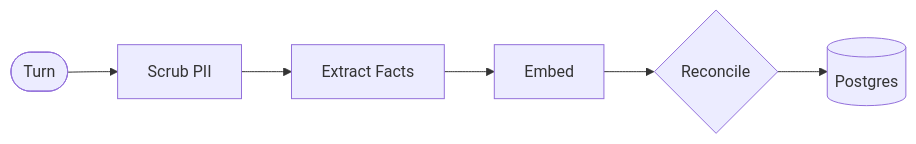
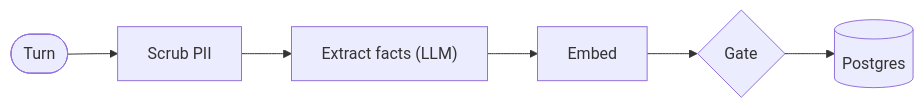
One commit to Arav-Arun/Ledger changed the first of 2 diagrams in README.md. Above: the diagram before and after it, drawn with Mermaid. The commit also changed other lines of this file and 1 other file, not shown here.

````diff
--- a/README.md
+++ b/README.md
@@ -24,4 +48,4 @@
 ```mermaid
 flowchart LR
-    T(["Turn"]) --> S["Scrub PII"] --> X["Extract Facts"] --> E["Embed"] --> R{"Reconcile"} --> DB[("Postgres")]
+    T(["Turn"]) --> S["Scrub PII"] --> X["Extract facts (LLM)"] --> E["Embed"] --> G{"Gate"} --> DB[("Postgres")]
 ```
````
